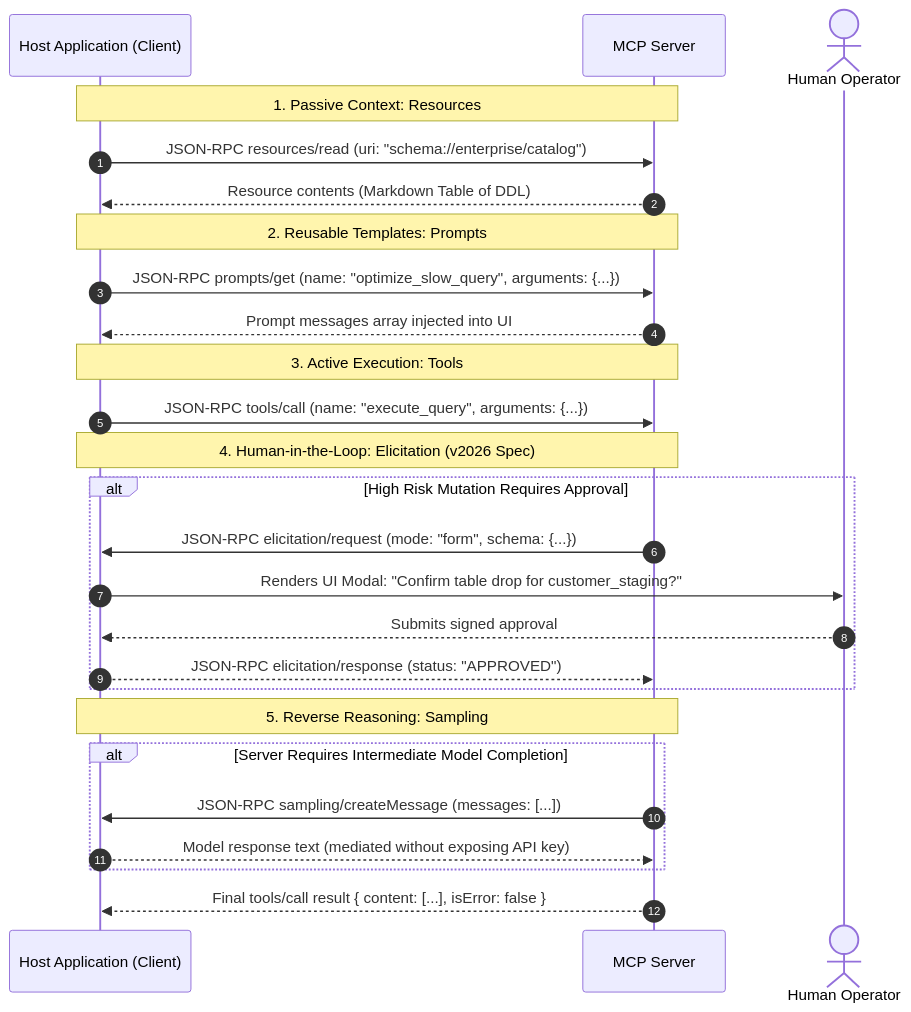
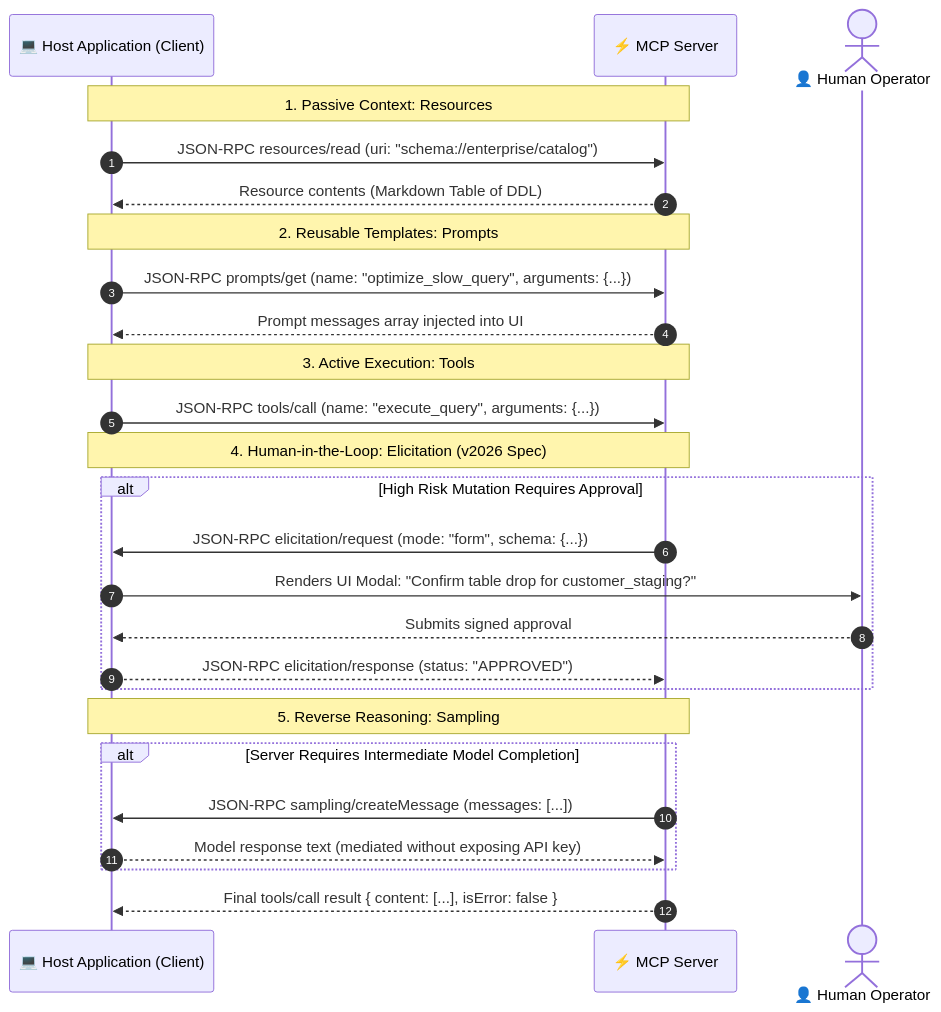
One commit to dip4k/senior-engineer-to-ai-engineer-roadmap changed the diagram in 03-tools-and-model-context-protocol/03-mcp-server-primitives-tools-resources-prompts.md. Above: the diagram before and after it, drawn with Mermaid. The commit also changed other lines of this file and 39 other files, not shown here.

First line of the commit message:
feat(curriculum): upgrade mermaid diagrams with unicode icons & codify anti-bloat layout rules

````diff
--- a/03-tools-and-model-context-protocol/03-mcp-server-primitives-tools-resources-prompts.md
+++ b/03-tools-and-model-context-protocol/03-mcp-server-primitives-tools-resources-prompts.md
@@ -44,34 +47,34 @@
 ```mermaid
 sequenceDiagram
     autonumber
-    participant Host as Host Application (Client)
-    participant Server as MCP Server
-    actor User as Human Operator
+    participant Host as 💻 Host Application (Client)
+    participant Server as ⚡ MCP Server
+    actor User as 👤 Human Operator
 
     Note over Host,Server: 1. Passive Context: Resources
     Host->>Server: JSON-RPC resources/read (uri: "schema://enterprise/catalog")
     Server-->>Host: Resource contents (Markdown Table of DDL)
     
     Note over Host,Server: 2. Reusable Templates: Prompts
     Host->>Server: JSON-RPC prompts/get (name: "optimize_slow_query", arguments: {...})
     Server-->>Host: Prompt messages array injected into UI
     
     Note over Host,Server: 3. Active Execution: Tools
     Host->>Server: JSON-RPC tools/call (name: "execute_query", arguments: {...})
     
     Note over Host,Server: 4. Human-in-the-Loop: Elicitation (v2026 Spec)
     alt High Risk Mutation Requires Approval
         Server->>Host: JSON-RPC elicitation/request (mode: "form", schema: {...})
         Host->>User: Renders UI Modal: "Confirm table drop for customer_staging?"
         User-->>Host: Submits signed approval
         Host-->>Server: JSON-RPC elicitation/response (status: "APPROVED")
     end
     
     Note over Host,Server: 5. Reverse Reasoning: Sampling
     alt Server Requires Intermediate Model Completion
         Server->>Host: JSON-RPC sampling/createMessage (messages: [...])
         Host-->>Server: Model response text (mediated without exposing API key)
     end
     
     Server-->>Host: Final tools/call result { content: [...], isError: false }
 ```
````
